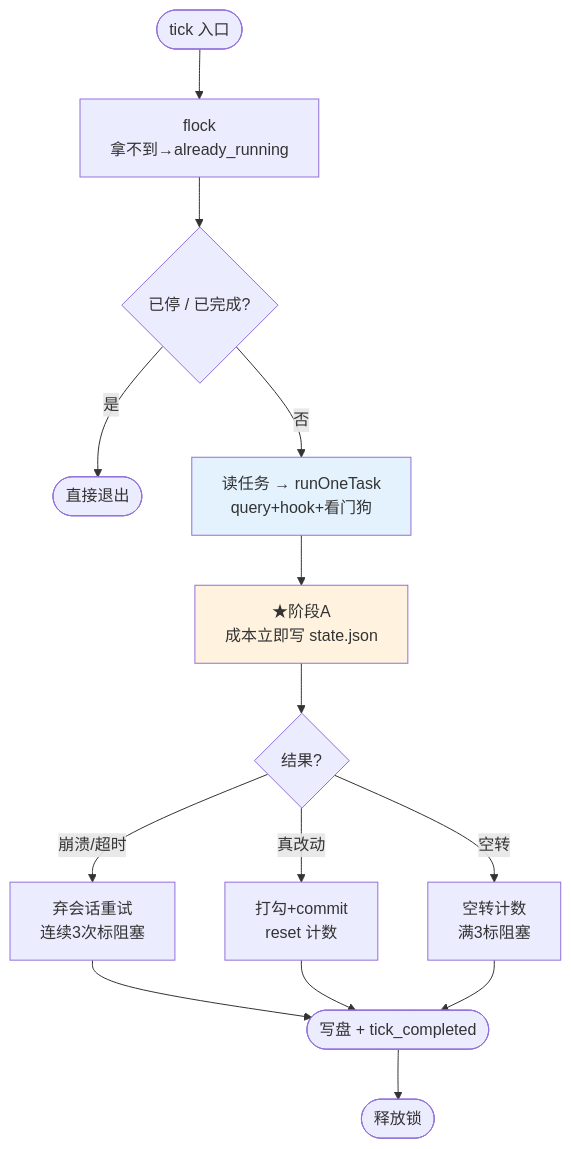
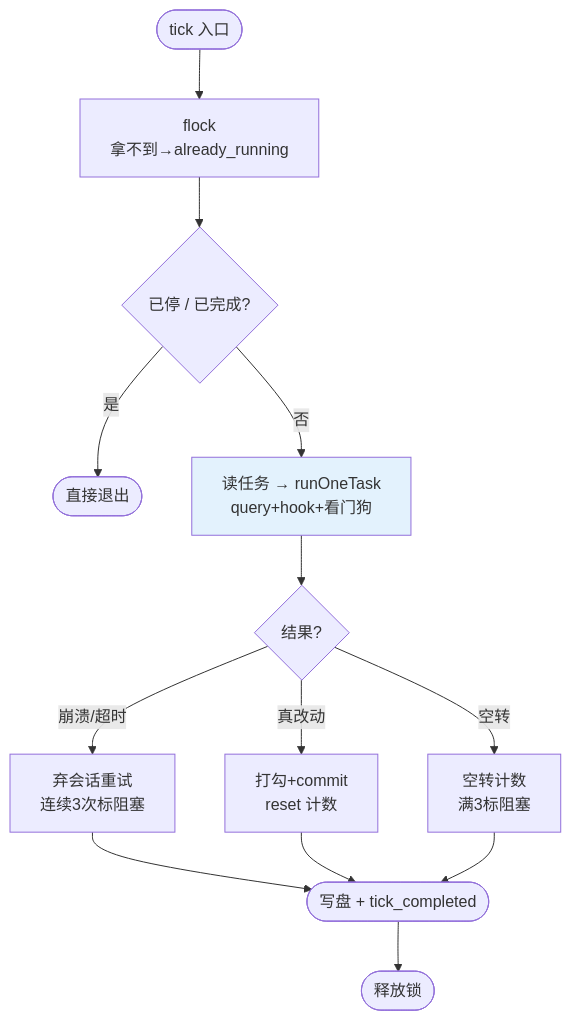
Before and after one commit to free-wyq/swallow: the second of 3 diagrams in README.md, drawn with Mermaid. The commit also changed other lines of this file and 3 other files, not shown here.

````diff
--- a/README.md
+++ b/README.md
@@ -100,19 +100,17 @@
 ```mermaid
 flowchart TD
     Start([tick 入口]) --> Lock["flock<br/>拿不到→already_running"]
     Lock --> Check{"已停 / 已完成?"}
     Check -->|是| Exit([直接退出])
     Check -->|否| Run["读任务 → runOneTask<br/>query+hook+看门狗"]
-    Run --> PhaseA["★阶段A<br/>成本立即写 state.json"]
-    PhaseA --> Judge{"结果?"}
+    Run --> Judge{"结果?"}
     Judge -->|崩溃/超时| Drop["弃会话重试<br/>连续3次标阻塞"]
     Judge -->|真改动| Adv["打勾+commit<br/>reset 计数"]
     Judge -->|空转| Stall["空转计数<br/>满3标阻塞"]
     Drop --> Write(["写盘 + tick_completed"])
     Adv --> Write
     Stall --> Write
     Write --> Release(["释放锁"])
 
-    style PhaseA fill:#fff3e0
     style Run fill:#e3f2fd
 ```
````
